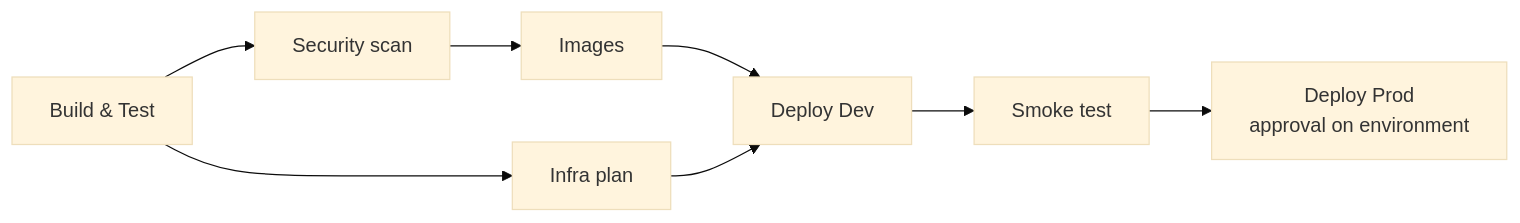
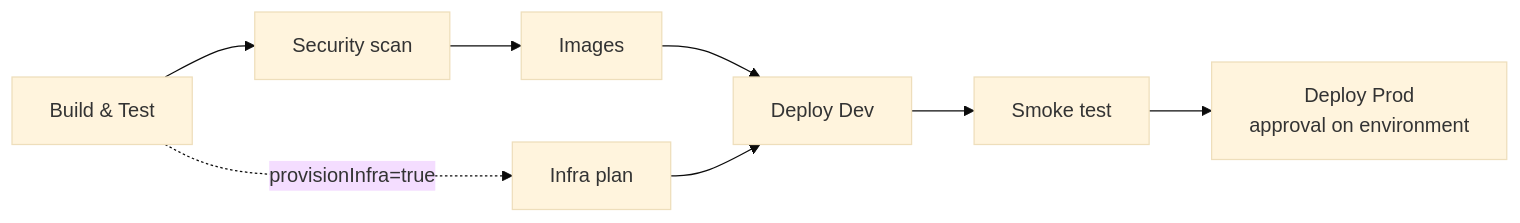
Before and after one commit to kodeknightdev/ticket-hub: the second of 2 diagrams in docs/deployment.md, drawn with Mermaid (base theme). The commit also changed other lines of this file and 5 other files, not shown here.

````diff
--- a/docs/deployment.md
+++ b/docs/deployment.md
@@ -133,10 +186,10 @@
 ```mermaid
 flowchart LR
     A[Build & Test] --> B[Security scan]
-    A --> D[Infra plan]
+    A -. provisionInfra=true .-> D[Infra plan]
     B --> C[Images]
     C --> E[Deploy Dev]
     D --> E
     E --> F[Smoke test]
     F --> G[Deploy Prod<br/>approval on environment]
 ```
````
